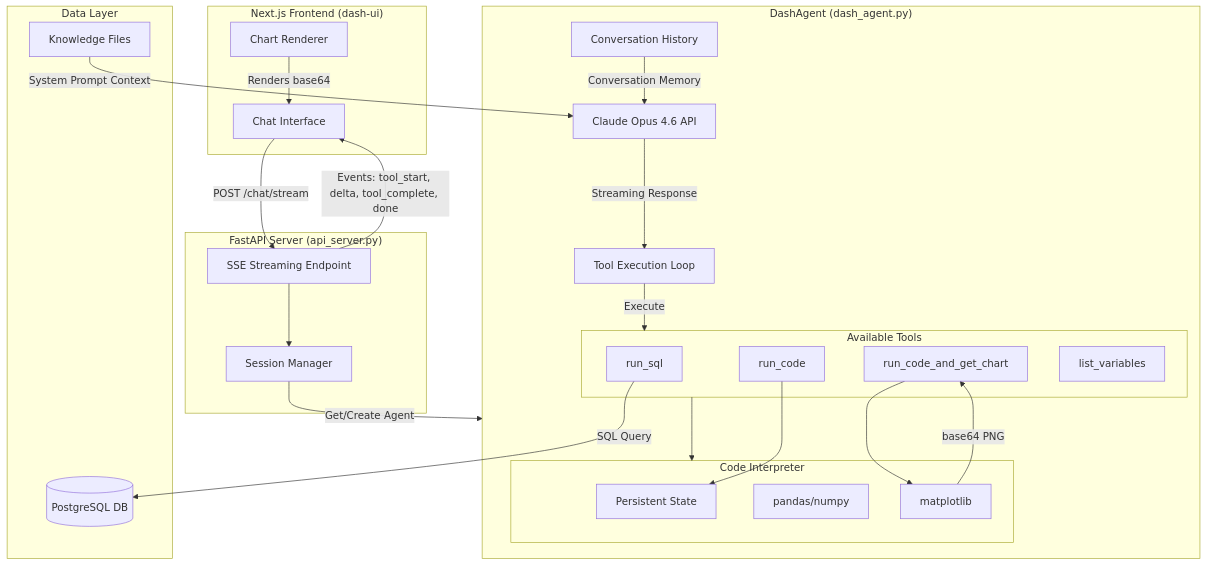
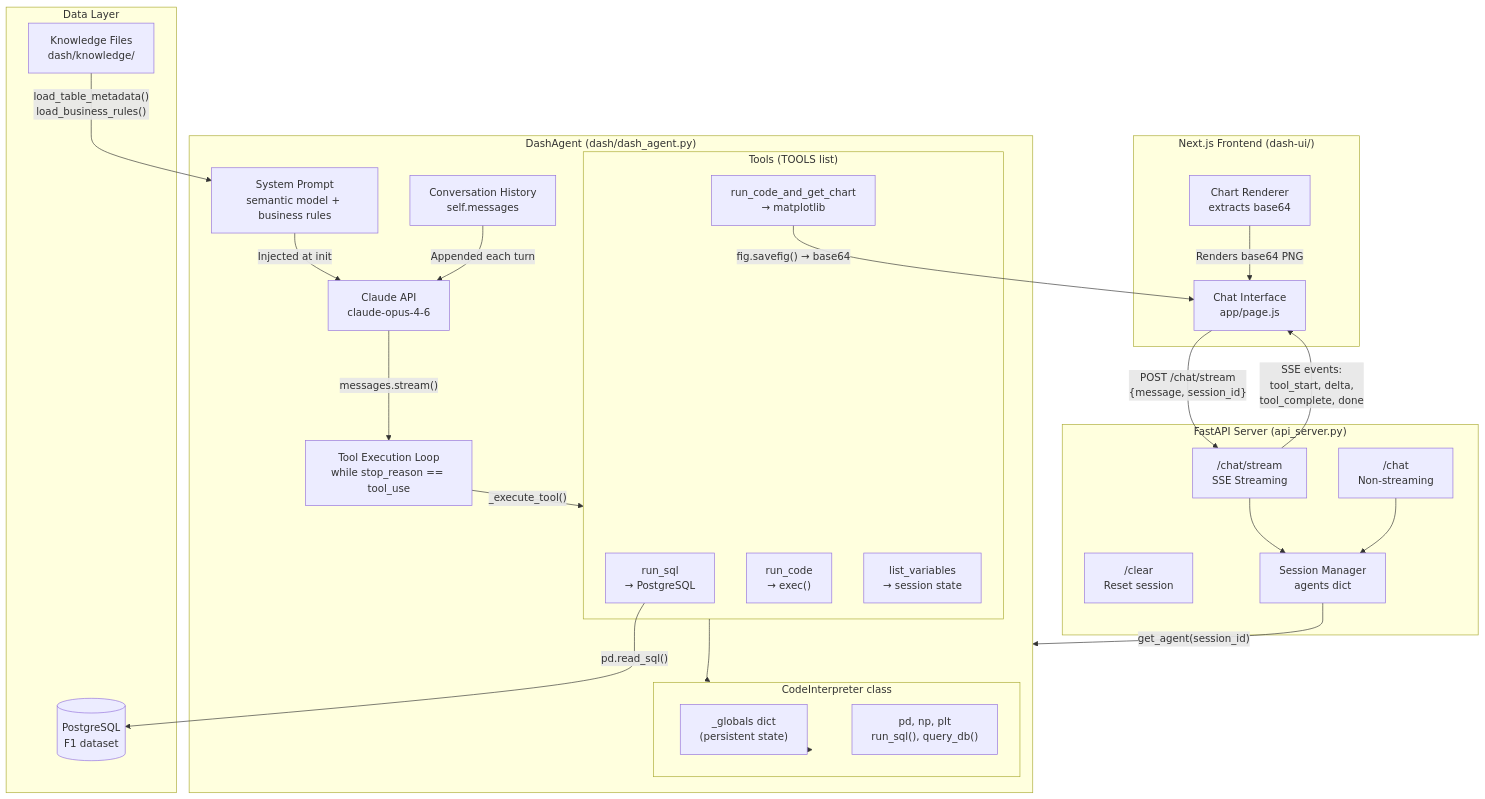
Before and after one commit to vibedatascience/dash_trial: the first of 2 diagrams in CLAUDE.md, drawn with Mermaid. The commit also changed other lines of this file and 20 other files, not shown here.

First line of the commit message:
Add R interpreter, conversation persistence, and streaming API

````diff
--- a/CLAUDE.md
+++ b/CLAUDE.md
@@ -11,55 +11,58 @@
 ```mermaid
 flowchart TB
-    subgraph Frontend ["Next.js Frontend (dash-ui)"]
-        UI[Chat Interface]
-        ChartRenderer[Chart Renderer]
+    subgraph Frontend ["Next.js Frontend (dash-ui/)"]
+        UI[Chat Interface<br/>app/page.js]
+        ChartRenderer[Chart Renderer<br/>extracts base64]
     end
 
     subgraph API ["FastAPI Server (api_server.py)"]
-        SSE[SSE Streaming Endpoint]
-        SessionMgr[Session Manager]
+        SSE["/chat/stream"<br/>SSE Streaming]
+        REST["/chat"<br/>Non-streaming]
+        Clear["/clear"<br/>Reset session]
+        SessionMgr[Session Manager<br/>agents dict]
     end
 
-    subgraph Agent ["DashAgent (dash_agent.py)"]
-        Claude[Claude Opus 4.6 API]
-        ToolLoop[Tool Execution Loop]
-        History[Conversation History]
+    subgraph Agent ["DashAgent (dash/dash_agent.py)"]
+        Claude[Claude API<br/>claude-opus-4-6]
+        ToolLoop[Tool Execution Loop<br/>while stop_reason == tool_use]
+        History[Conversation History<br/>self.messages]
+        SystemPrompt[System Prompt<br/>semantic model + business rules]
 
-        subgraph Tools ["Available Tools"]
-            RunSQL[run_sql]
-            RunCode[run_code]
-            RunChart[run_code_and_get_chart]
-            ListVars[list_variables]
+        subgraph Tools ["Tools (TOOLS list)"]
+            RunSQL["run_sql<br/>→ PostgreSQL"]
+            RunCode["run_code<br/>→ exec()"]
+            RunChart["run_code_and_get_chart<br/>→ matplotlib"]
+            ListVars["list_variables<br/>→ session state"]
         end
 
-        subgraph Interpreter ["Code Interpreter"]
-            Globals[Persistent State]
-            Pandas[pandas/numpy]
-            Matplotlib[matplotlib]
+        subgraph Interpreter ["CodeInterpreter class"]
+            Globals["_globals dict<br/>(persistent state)"]
+            PreLoaded["pd, np, plt<br/>run_sql(), query_db()"]
         end
     end
 
     subgraph Data ["Data Layer"]
-        Postgres[(PostgreSQL DB)]
-        Knowledge[Knowledge Files]
+        Postgres[(PostgreSQL<br/>F1 dataset)]
+        Knowledge["Knowledge Files<br/>dash/knowledge/"]
     end
 
-    UI -->|POST /chat/stream| SSE
-    SSE -->|Events: tool_start, delta, tool_complete, done| UI
-    ChartRenderer -->|Renders base64| UI
+    UI -->|"POST /chat/stream<br/>{message, session_id}"| SSE
+    SSE -->|"SSE events:<br/>tool_start, delta,<br/>tool_complete, done"| UI
+    ChartRenderer -->|"Renders base64 PNG"| UI
 
+    REST --> SessionMgr
     SSE --> SessionMgr
-    SessionMgr -->|Get/Create Agent| Agent
+    SessionMgr -->|"get_agent(session_id)"| Agent
 
-    Claude -->|Streaming Response| ToolLoop
-    ToolLoop -->|Execute| Tools
+    SystemPrompt -->|"Injected at init"| Claude
+    Claude -->|"messages.stream()"| ToolLoop
+    ToolLoop -->|"_execute_tool()"| Tools
     Tools --> Interpreter
+    Interpreter --> Globals
 
-    RunSQL -->|SQL Query| Postgres
-    RunCode --> Globals
-    RunChart --> Matplotlib
-    Matplotlib -->|base64 PNG| RunChart
+    RunSQL -->|"pd.read_sql()"| Postgres
+    RunChart -->|"fig.savefig() → base64"| UI
 
-    Knowledge -->|System Prompt Context| Claude
-    History -->|Conversation Memory| Claude
+    Knowledge -->|"load_table_metadata()<br/>load_business_rules()"| SystemPrompt
+    History -->|"Appended each turn"| Claude
 ```
````
